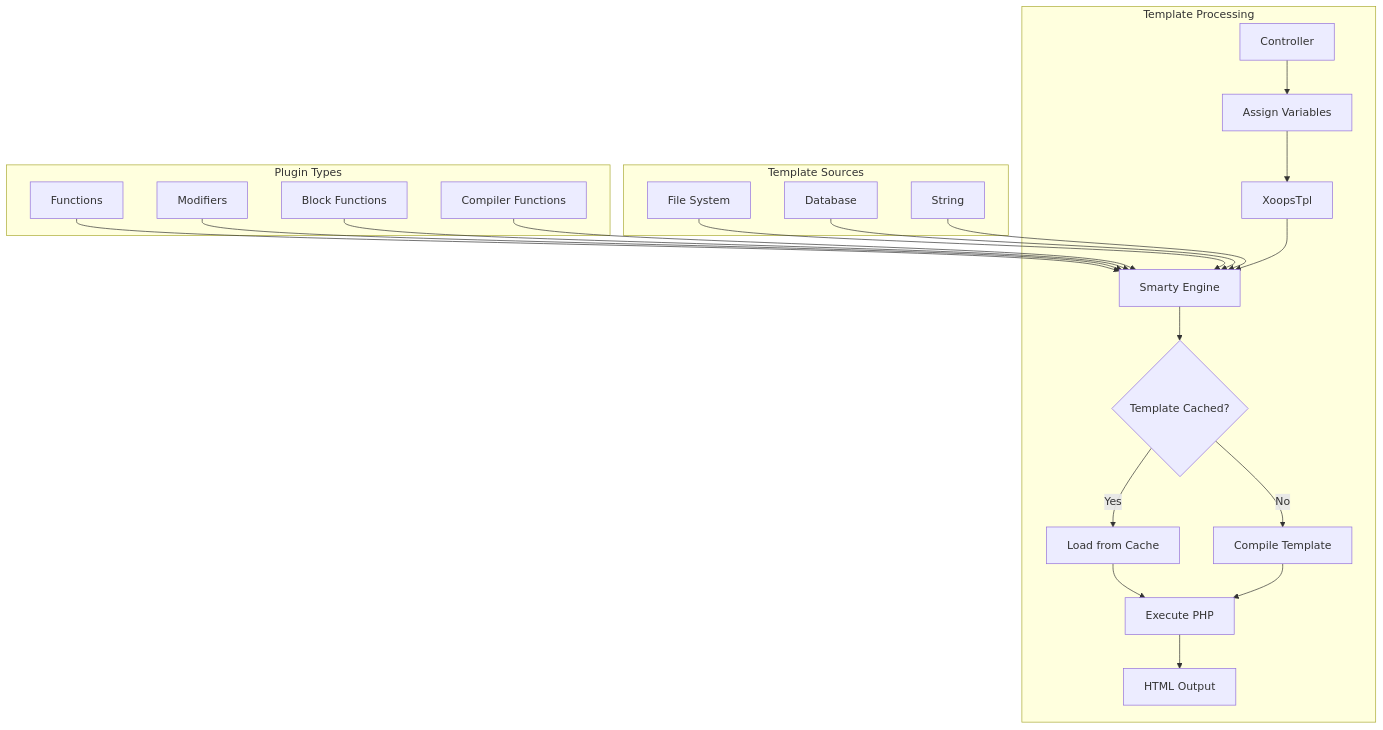
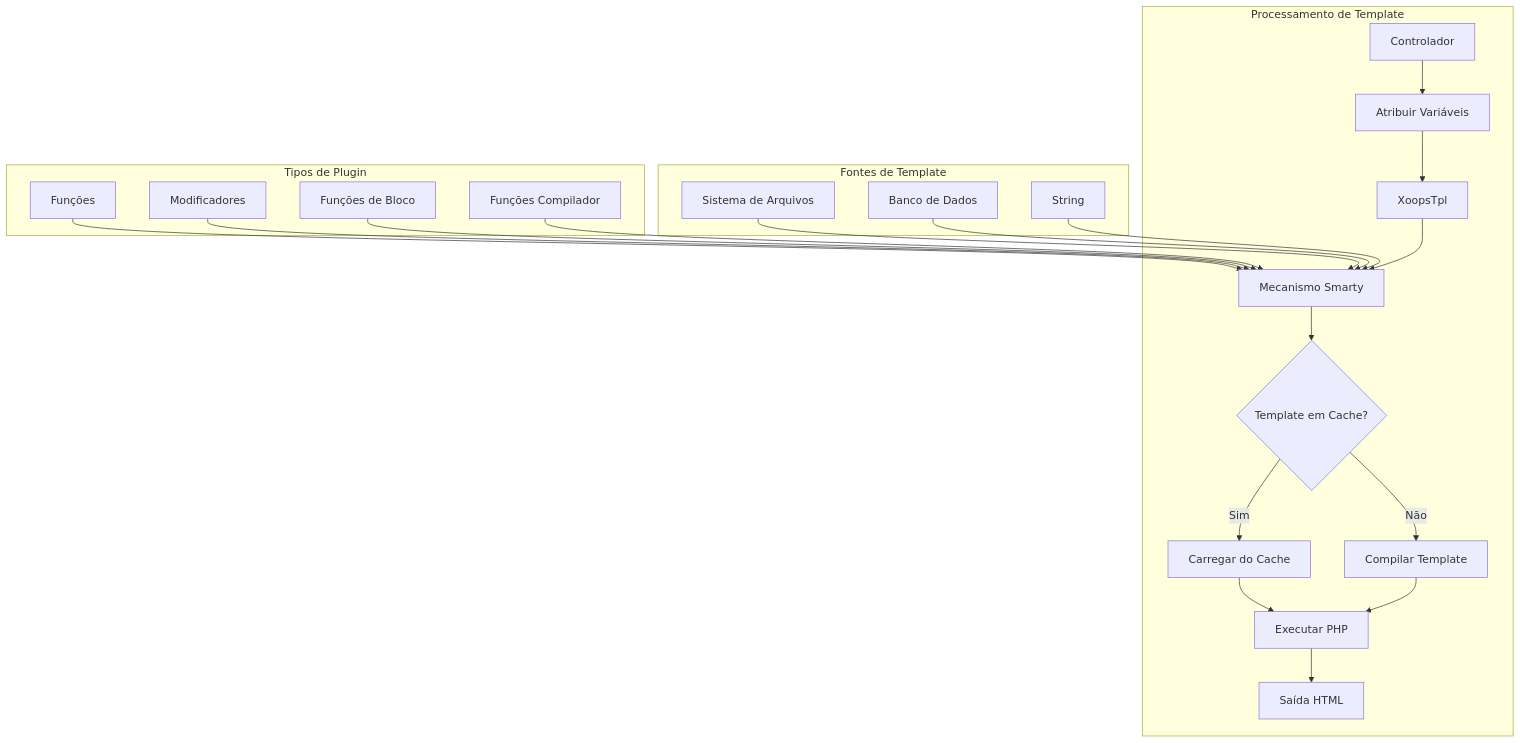
One commit to mambax7/xoops-docs changed the first of 3 diagrams in apps/docs-27/src/content/docs/pt/api-reference/template/smarty.md. Above: the diagram before and after it, drawn with Mermaid. The commit also changed other lines of this file and 162 other files, not shown here.

````diff
--- a/apps/docs-27/src/content/docs/pt/api-reference/template/smarty.md
+++ b/apps/docs-27/src/content/docs/pt/api-reference/template/smarty.md
@@ -12,27 +12,27 @@
 ```mermaid
 graph TB
-    subgraph "Template Processing"
-        A[Controller] --> B[Assign Variables]
+    subgraph "Processamento de Template"
+        A[Controlador] --> B[Atribuir Variáveis]
         B --> C[XoopsTpl]
-        C --> D[Smarty Engine]
-        D --> E{Template Cached?}
-        E -->|Yes| F[Load from Cache]
-        E -->|No| G[Compile Template]
-        G --> H[Execute PHP]
+        C --> D[Mecanismo Smarty]
+        D --> E{Template em Cache?}
+        E -->|Sim| F[Carregar do Cache]
+        E -->|Não| G[Compilar Template]
+        G --> H[Executar PHP]
         F --> H
-        H --> I[HTML Output]
+        H --> I[Saída HTML]
     end
 
-    subgraph "Template Sources"
-        J[File System] --> D
-        K[Database] --> D
+    subgraph "Fontes de Template"
+        J[Sistema de Arquivos] --> D
+        K[Banco de Dados] --> D
         L[String] --> D
     end
 
-    subgraph "Plugin Types"
-        M[Functions] --> D
-        N[Modifiers] --> D
-        O[Block Functions] --> D
-        P[Compiler Functions] --> D
+    subgraph "Tipos de Plugin"
+        M[Funções] --> D
+        N[Modificadores] --> D
+        O[Funções de Bloco] --> D
+        P[Funções Compilador] --> D
     end
 ```
````
